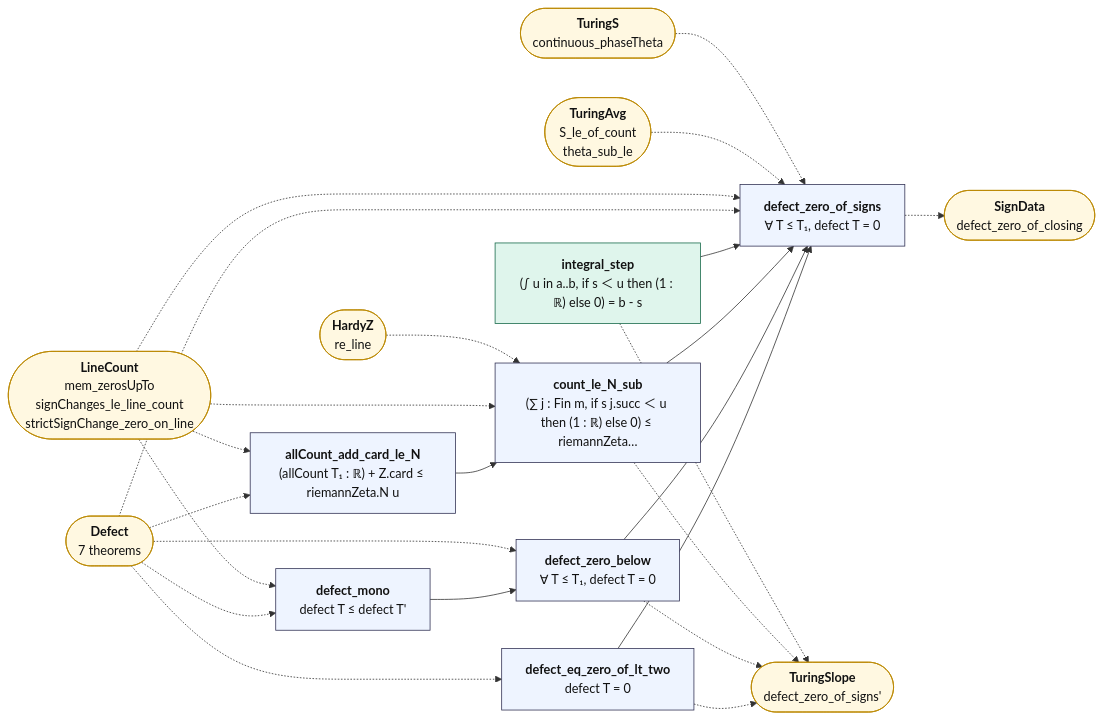
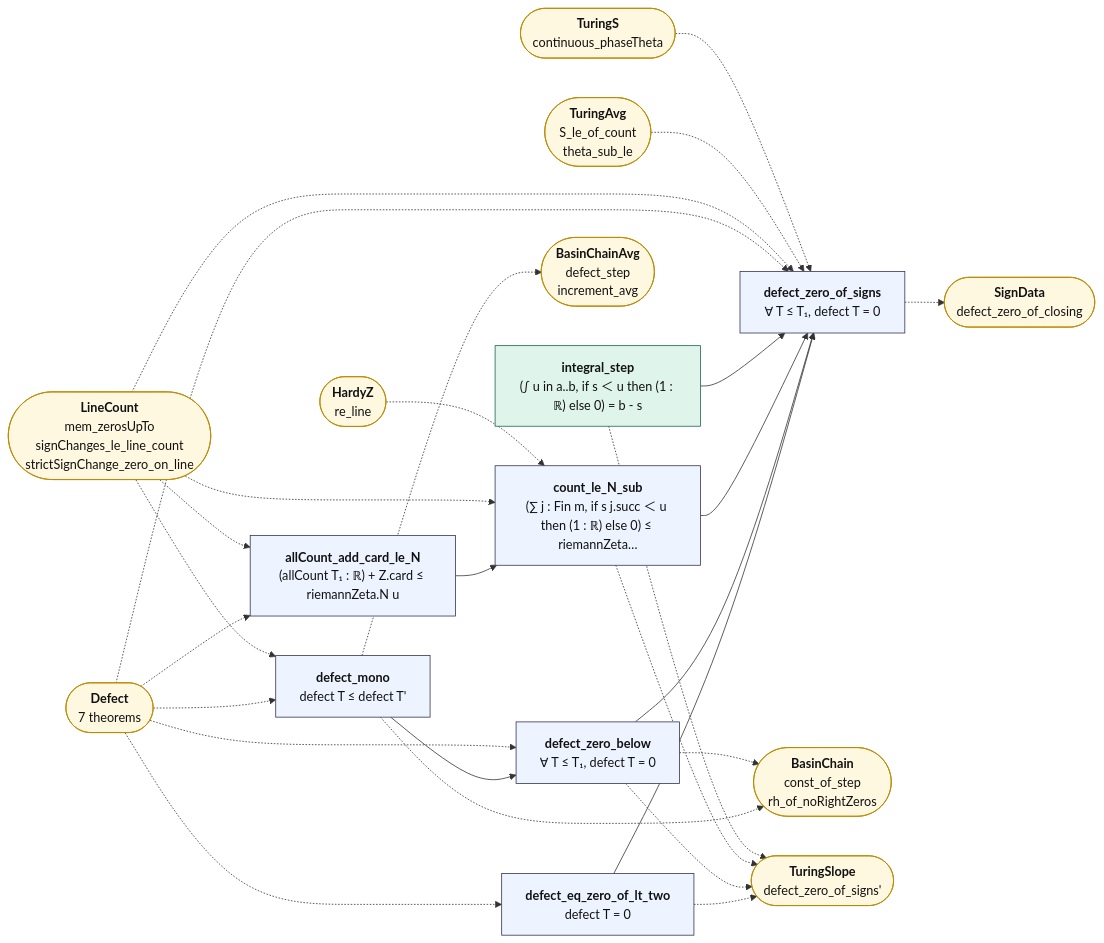
Before and after one commit to juliansambranojr/Primebeat_081426: the diagram in map/lean_stage3/TuringCert.md, drawn with Mermaid. The commit also changed other lines of this file and 60 other files, not shown here.

````diff
--- a/map/lean_stage3/TuringCert.md
+++ b/map/lean_stage3/TuringCert.md
@@ -14,48 +14,53 @@
 ```mermaid
 flowchart LR
   n0["<b>defect_mono</b><br/>defect T ≤ defect T'"]:::thm
   n1["<b>defect_eq_zero_of_lt_two</b><br/>defect T = 0"]:::thm
   n2["<b>defect_zero_below</b><br/>∀ T ≤ T₁, defect T = 0"]:::thm
   n3["<b>allCount_add_card_le_N</b><br/>(allCount T₁ : ℝ) + Z.card ≤ riemannZeta.N u"]:::thm
   n4["<b>count_le_N_sub</b><br/>(∑ j : Fin m, if s j.succ ＜ u then (1 : ℝ) else 0) ≤ riemannZeta…"]:::thm
   n5["<b>integral_step</b><br/>(∫ u in a..b, if s ＜ u then (1 : ℝ) else 0) = b - s"]:::cnt
   n6["<b>defect_zero_of_signs</b><br/>∀ T ≤ T₁, defect T = 0"]:::thm
   x0(["<b>Defect</b><br/>7 theorems"]):::ext
   x1(["<b>LineCount</b><br/>mem_zerosUpTo<br/>signChanges_le_line_count<br/>strictSignChange_zero_on_line"]):::ext
-  x2(["<b>TuringSlope</b><br/>defect_zero_of_signs'"]):::ext
-  x3(["<b>HardyZ</b><br/>re_line"]):::ext
-  x4(["<b>TuringAvg</b><br/>S_le_of_count<br/>theta_sub_le"]):::ext
-  x5(["<b>TuringS</b><br/>continuous_phaseTheta"]):::ext
-  x6(["<b>SignData</b><br/>defect_zero_of_closing"]):::ext
+  x2(["<b>BasinChain</b><br/>const_of_step<br/>rh_of_noRightZeros"]):::ext
+  x3(["<b>BasinChainAvg</b><br/>defect_step<br/>increment_avg"]):::ext
+  x4(["<b>TuringSlope</b><br/>defect_zero_of_signs'"]):::ext
+  x5(["<b>HardyZ</b><br/>re_line"]):::ext
+  x6(["<b>TuringAvg</b><br/>S_le_of_count<br/>theta_sub_le"]):::ext
+  x7(["<b>TuringS</b><br/>continuous_phaseTheta"]):::ext
+  x8(["<b>SignData</b><br/>defect_zero_of_closing"]):::ext
   n0 --> n2
   n1 --> n6
   n2 --> n6
   n3 --> n4
   n4 --> n6
   n5 --> n6
-  n1 -.-> x2
+  n0 -.-> x2
+  n0 -.-> x3
+  n1 -.-> x4
   n2 -.-> x2
-  n4 -.-> x2
-  n5 -.-> x2
-  n6 -.-> x6
+  n2 -.-> x4
+  n4 -.-> x4
+  n5 -.-> x4
+  n6 -.-> x8
   x0 -.-> n0
   x0 -.-> n1
   x0 -.-> n2
   x0 -.-> n3
   x0 -.-> n6
   x1 -.-> n0
   x1 -.-> n3
   x1 -.-> n4
   x1 -.-> n6
-  x3 -.-> n4
-  x4 -.-> n6
-  x5 -.-> n6
+  x5 -.-> n4
+  x6 -.-> n6
+  x7 -.-> n6
   classDef cnt fill:#dff5ec,stroke:#17694a,color:#111
   classDef shp fill:#f1ecfb,stroke:#5b3fa0,color:#111
   classDef rh fill:#ffe5e5,stroke:#c22,color:#111,stroke-width:2px
   classDef thm fill:#eef4ff,stroke:#335,color:#111
   classDef end_ fill:#e7f7e7,stroke:#2a7,color:#111,stroke-width:2px
   classDef lone fill:#fff,stroke:#999,color:#111,stroke-dasharray:4 3
   classDef bad fill:#ffe5e5,stroke:#c22,color:#111,stroke-width:2px
   classDef ext fill:#fff8e1,stroke:#b80,color:#111
 ```
````
